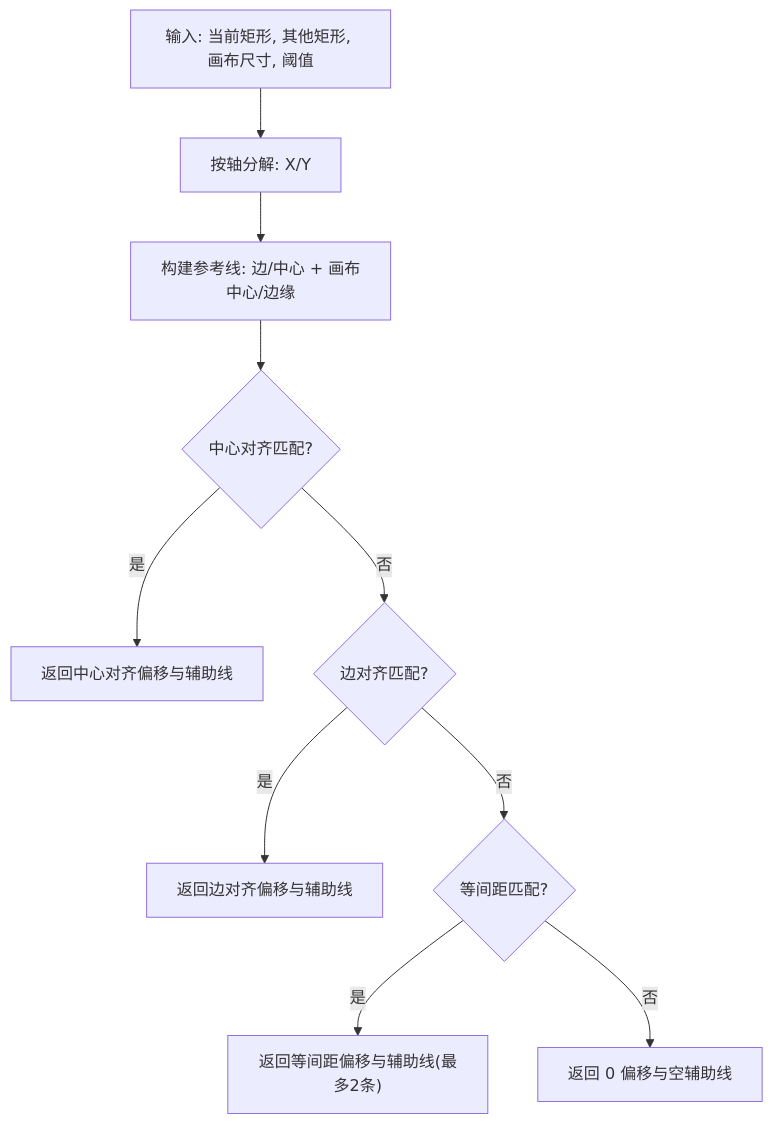
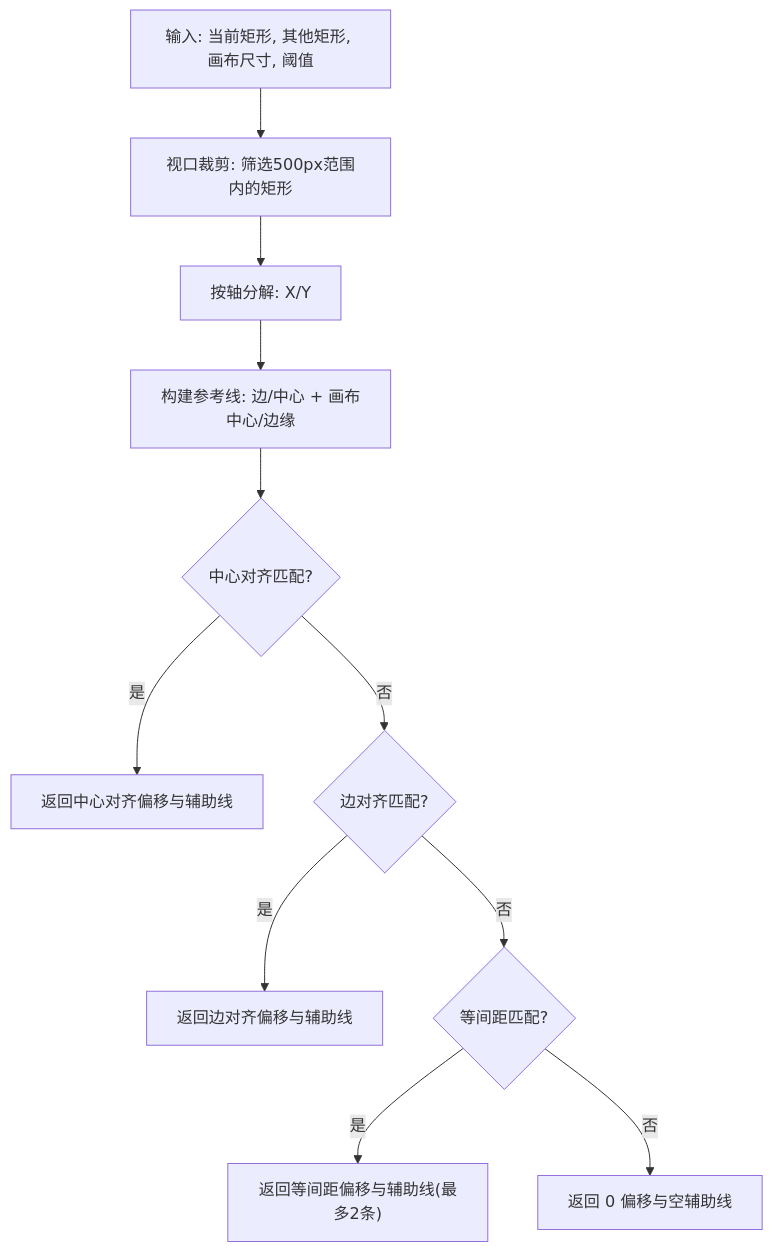
The seventh of 8 diagrams in .qoder/repowiki/zh/content/UI组件系统/移动控制层 (MoveableLayer).md (Anna0314zy/ai_editor_enginer), drawn with Mermaid before and after one commit. The commit also changed other lines of this file and 7 other files, not shown here.

````diff
--- a/.qoder/repowiki/zh/content/UI组件系统/移动控制层 (MoveableLayer).md
+++ b/.qoder/repowiki/zh/content/UI组件系统/移动控制层 (MoveableLayer).md
@@ -311,12 +332,13 @@
 ```mermaid
 flowchart TD
-A["输入: 当前矩形, 其他矩形, 画布尺寸, 阈值"] --> B["按轴分解: X/Y"]
-B --> C["构建参考线: 边/中心 + 画布中心/边缘"]
-C --> D{"中心对齐匹配?"}
-D --> |是| E["返回中心对齐偏移与辅助线"]
-D --> |否| F{"边对齐匹配?"}
-F --> |是| G["返回边对齐偏移与辅助线"]
-F --> |否| H{"等间距匹配?"}
-H --> |是| I["返回等间距偏移与辅助线(最多2条)"]
-H --> |否| J["返回 0 偏移与空辅助线"]
+A["输入: 当前矩形, 其他矩形, 画布尺寸, 阈值"] --> B["视口裁剪: 筛选500px范围内的矩形"]
+B --> C["按轴分解: X/Y"]
+C --> D["构建参考线: 边/中心 + 画布中心/边缘"]
+D --> E{"中心对齐匹配?"}
+E --> |是| F["返回中心对齐偏移与辅助线"]
+E --> |否| G{"边对齐匹配?"}
+G --> |是| H["返回边对齐偏移与辅助线"]
+G --> |否| I{"等间距匹配?"}
+I --> |是| J["返回等间距偏移与辅助线(最多2条)"]
+I --> |否| K["返回 0 偏移与空辅助线"]
 ```
````
